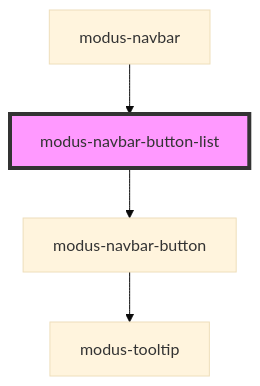
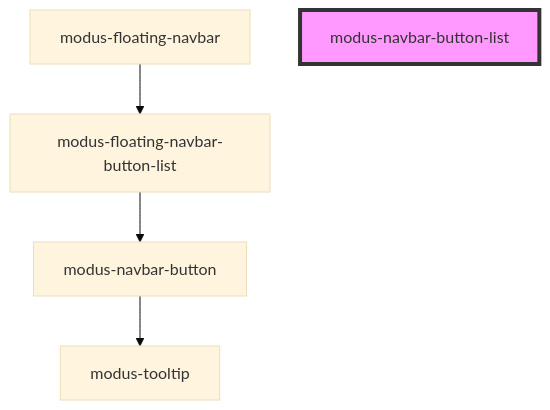
The diagram in stencil-workspace/src/components/modus-floating-navbar/button-list/readme.md (trimble-oss/modus-web-components), drawn with Mermaid (base theme) before and after one commit. The commit also changed other lines of this file and 48 other files, not shown here.

Commit message:
Modified floating navbar component

````diff
--- a/stencil-workspace/src/components/modus-floating-navbar/button-list/readme.md
+++ b/stencil-workspace/src/components/modus-floating-navbar/button-list/readme.md
@@ -33,7 +33,7 @@
 ```mermaid
 graph TD;
-  modus-navbar-button-list --> modus-navbar-button
+  modus-floating-navbar-button-list --> modus-navbar-button
   modus-navbar-button --> modus-tooltip
-  modus-navbar --> modus-navbar-button-list
+  modus-floating-navbar --> modus-floating-navbar-button-list
   style modus-navbar-button-list fill:#f9f,stroke:#333,stroke-width:4px
 ```
````
